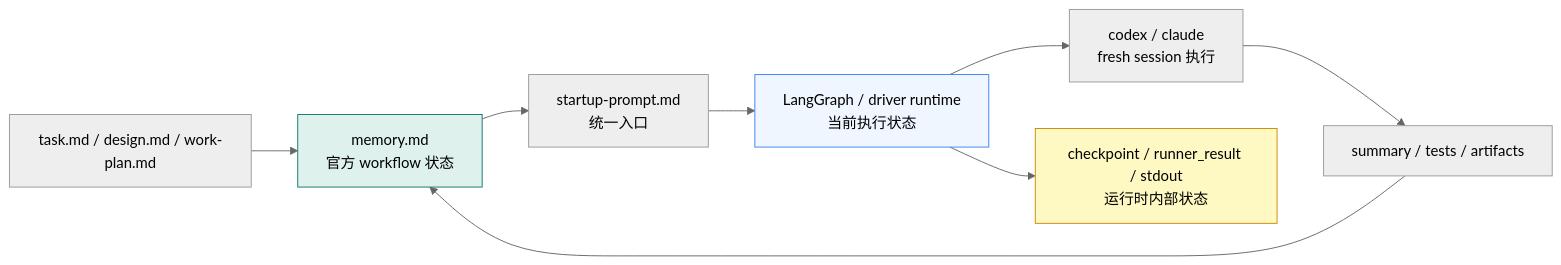
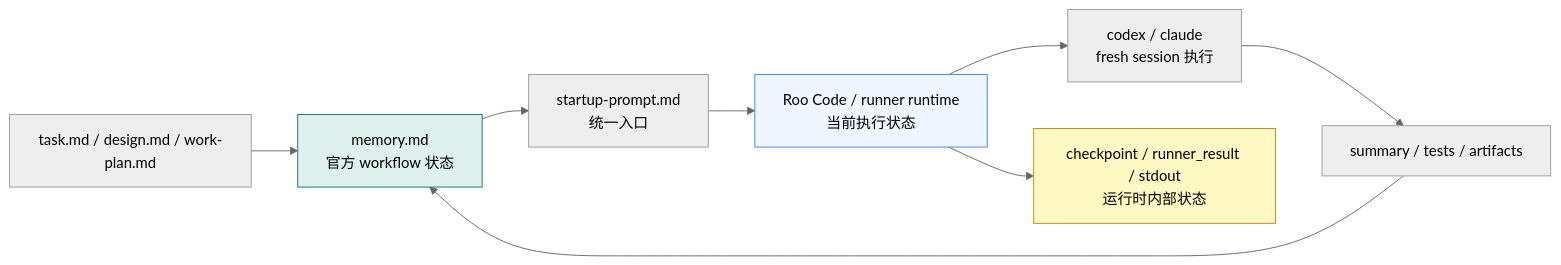
Before and after one commit to qi9zg202-source/vibecodingworkflow: the second of 5 diagrams in docs/real-world-guide.md, drawn with Mermaid (neutral theme). The commit also changed other lines of this file and 192 other files, not shown here.

````diff
--- a/docs/real-world-guide.md
+++ b/docs/real-world-guide.md
@@ -65,15 +65,15 @@
 ```mermaid
 flowchart LR
     A["task.md / design.md / work-plan.md"] --> B["memory.md\n官方 workflow 状态"]
     B --> C["startup-prompt.md\n统一入口"]
-    C --> D["LangGraph / driver runtime\n当前执行状态"]
+    C --> D["Roo Code / runner runtime\n当前执行状态"]
     D --> E["codex / claude\nfresh session 执行"]
     E --> F["summary / tests / artifacts"]
     F --> B
 
     D --> G["checkpoint / runner_result / stdout\n运行时内部状态"]
 
     style B fill:#dff1ec,stroke:#0f766e
     style D fill:#eff6ff,stroke:#3b82f6
     style G fill:#fef9c3,stroke:#ca8a04
 ```
````
